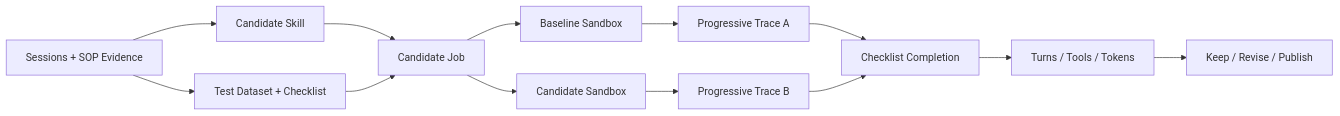
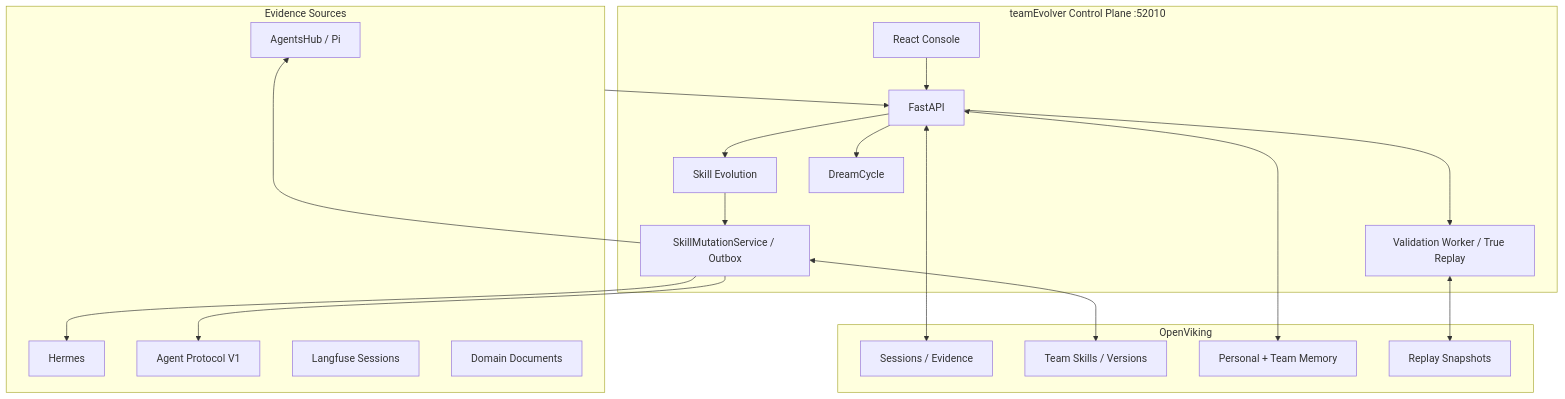
One commit to leoriczhang/teamEvolver changed the second of 2 diagrams in README.md. Above: the diagram before and after it, drawn with Mermaid. The commit also changed other lines of this file and 36 other files, not shown here.

First line of the commit message:
Add docs site, Hermes delivery, and SkillMutationService

````diff
--- a/README.md
+++ b/README.md
@@ -537,15 +87,40 @@
 ```mermaid
-flowchart LR
-    Evidence["Sessions + SOP Evidence"] --> Skill["Candidate Skill"]
-    Evidence --> Dataset["Test Dataset + Checklist"]
-    Skill --> Job["Candidate Job"]
-    Dataset --> Job
-    Job --> Base["Baseline Sandbox"]
-    Job --> Cand["Candidate Sandbox"]
-    Base --> TraceA["Progressive Trace A"]
-    Cand --> TraceB["Progressive Trace B"]
-    TraceA --> Check["Checklist Completion"]
-    TraceB --> Check
-    Check --> Metrics["Turns / Tools / Tokens"]
-    Metrics --> Decision["Keep / Revise / Publish"]
+flowchart TB
+    subgraph Sources["Evidence Sources"]
+        AgentsHub["AgentsHub / Pi"]
+        Hermes["Hermes"]
+        Generic["Agent Protocol V1"]
+        LFIn["Langfuse Sessions"]
+        Docs["Domain Documents"]
+    end
+
+    subgraph Control["teamEvolver Control Plane :52010"]
+        Console["React Console"]
+        API["FastAPI"]
+        Evolution["Skill Evolution"]
+        Replay["Validation Worker / True Replay"]
+        Memory["DreamCycle"]
+        Mutation["SkillMutationService / Outbox"]
+    end
+
+    subgraph Context["OpenViking"]
+        Sessions["Sessions / Evidence"]
+        Skills["Team Skills / Versions"]
+        Memories["Personal + Team Memory"]
+        Snapshots["Replay Snapshots"]
+    end
+
+    Sources --> API
+    Console --> API
+    API --> Evolution
+    API --> Replay
+    API --> Memory
+    Evolution --> Mutation
+    Mutation <--> Skills
+    API <--> Sessions
+    API <--> Memories
+    Replay <--> Snapshots
+    Mutation --> AgentsHub
+    Mutation --> Hermes
+    Mutation --> Generic
 ```
````
